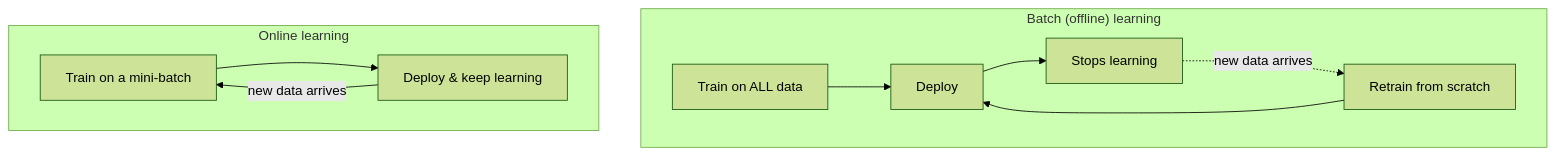
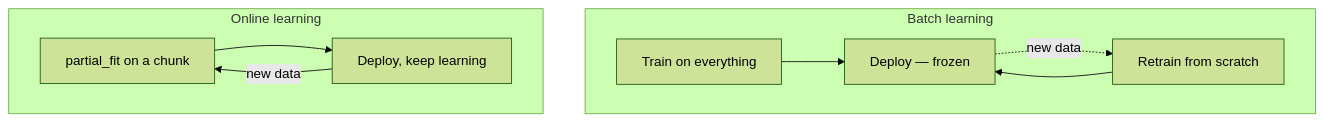
One commit to Ravikisha/PythonCentralHub changed the third of 3 diagrams in src/content/docs/Machine Learning/Phase 01 - The ML Foundation/Types of Machine Learning (Supervised, Unsupervised, Reinforcement).mdx. Above: the diagram before and after it, drawn with Mermaid (forest theme). The commit also changed other lines of this file and 1327 other files, not shown here.

````diff
--- a/src/content/docs/Machine Learning/Phase 01 - The ML Foundation/Types of Machine Learning (Supervised, Unsupervised, Reinforcement).mdx
+++ b/src/content/docs/Machine Learning/Phase 01 - The ML Foundation/Types of Machine Learning (Supervised, Unsupervised, Reinforcement).mdx
@@ -105,11 +147,11 @@
 ```mermaid
 flowchart TD
-  subgraph Batch["Batch (offline) learning"]
-    B1["Train on ALL data"] --> B2["Deploy"] --> B3["Stops learning"]
-    B3 -.->|new data arrives| B4["Retrain from scratch"] --> B2
+  subgraph B["Batch learning"]
+    B1["Train on everything"] --> B2["Deploy — frozen"]
+    B2 -.->|"new data"| B3["Retrain from scratch"] --> B2
   end
-  subgraph Online["Online learning"]
-    O1["Train on a mini-batch"] --> O2["Deploy & keep learning"]
-    O2 -->|new data arrives| O1
+  subgraph O["Online learning"]
+    O1["partial_fit on a chunk"] --> O2["Deploy, keep learning"]
+    O2 -->|"new data"| O1
   end
 ```
````
